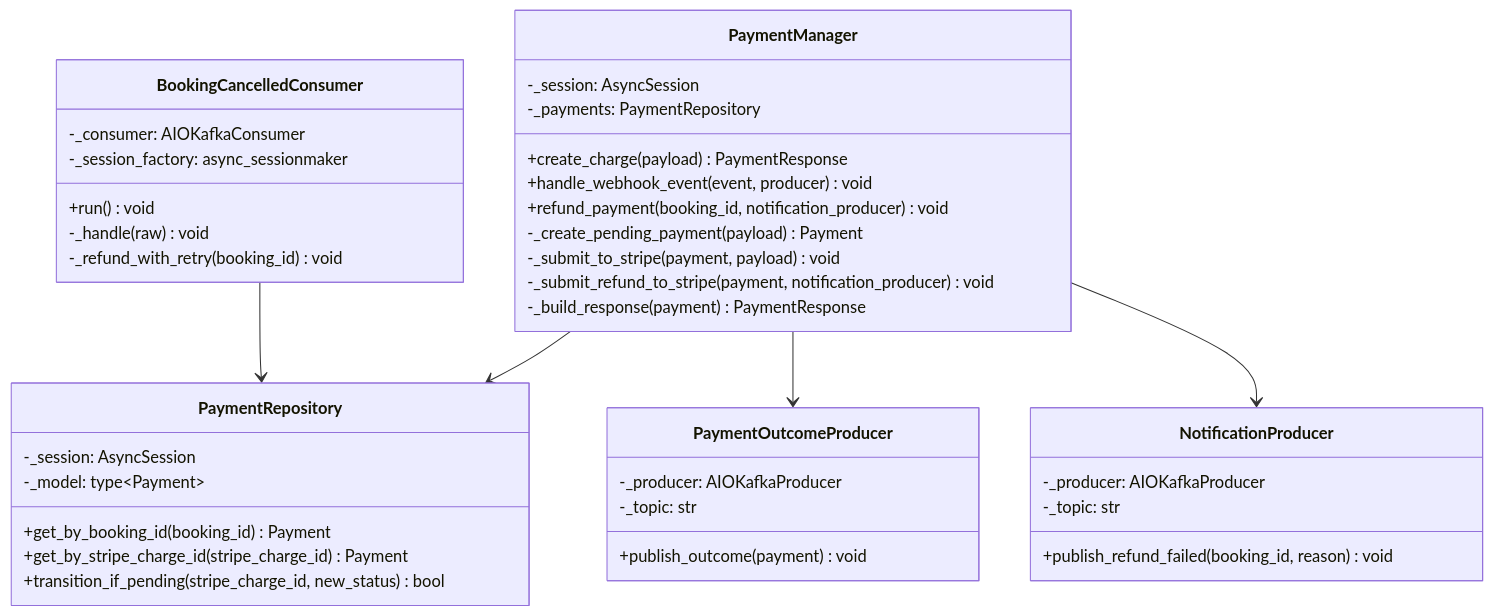
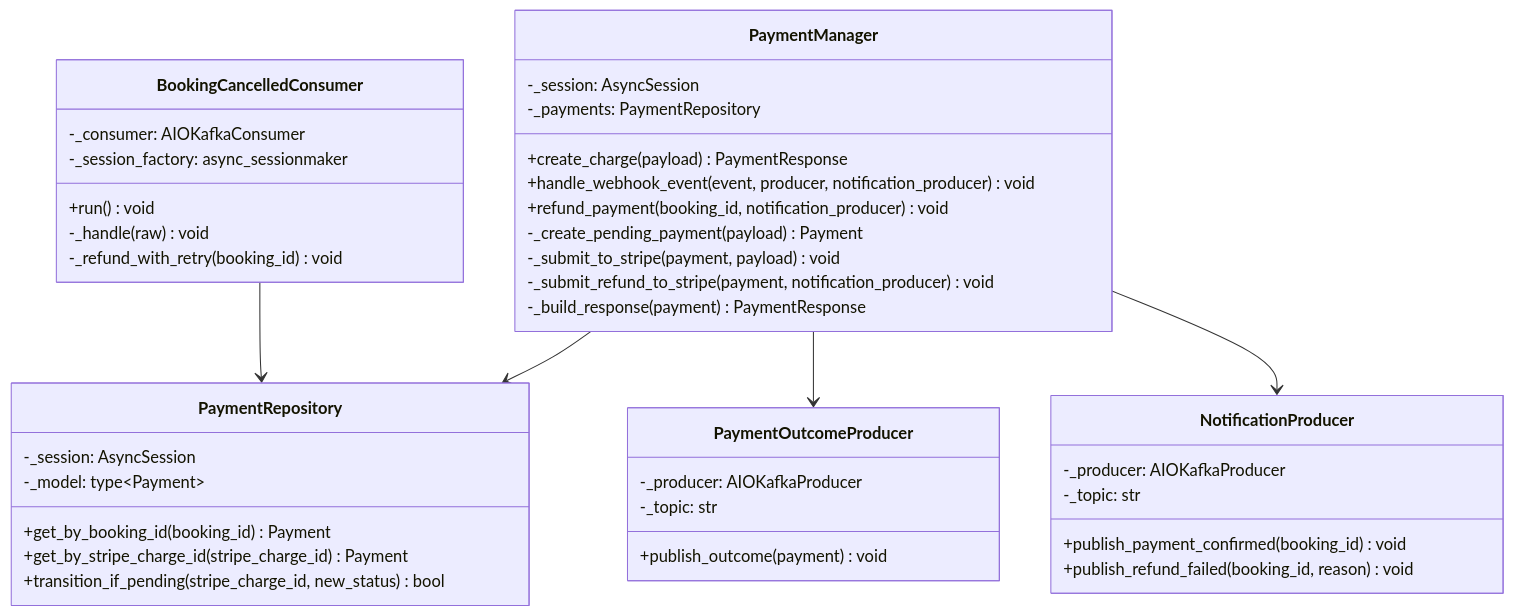
Before and after one commit to STRYKER316/event-ticketing-platform: the fourth of 5 diagrams in docs/report/class-diagrams.md, drawn with Mermaid. The commit also changed other lines of this file and 12 other files, not shown here.

Commit message:
docs: Phase 5 CHECKPOINT — architecture.html, cross-doc sweep, report chapters, exit checklist

````diff
--- a/docs/report/class-diagrams.md
+++ b/docs/report/class-diagrams.md
@@ -469,47 +510,48 @@
 ```mermaid
 classDiagram
     class PaymentManager {
         -_session: AsyncSession
         -_payments: PaymentRepository
         +create_charge(payload) PaymentResponse
-        +handle_webhook_event(event, producer) void
+        +handle_webhook_event(event, producer, notification_producer) void
         +refund_payment(booking_id, notification_producer) void
         -_create_pending_payment(payload) Payment
         -_submit_to_stripe(payment, payload) void
         -_submit_refund_to_stripe(payment, notification_producer) void
         -_build_response(payment) PaymentResponse
     }
 
     class PaymentRepository {
         -_session: AsyncSession
         -_model: type~Payment~
         +get_by_booking_id(booking_id) Payment
         +get_by_stripe_charge_id(stripe_charge_id) Payment
         +transition_if_pending(stripe_charge_id, new_status) bool
     }
 
     class PaymentOutcomeProducer {
         -_producer: AIOKafkaProducer
         -_topic: str
         +publish_outcome(payment) void
     }
 
     class NotificationProducer {
         -_producer: AIOKafkaProducer
         -_topic: str
+        +publish_payment_confirmed(booking_id) void
         +publish_refund_failed(booking_id, reason) void
     }
 
     class BookingCancelledConsumer {
         -_consumer: AIOKafkaConsumer
         -_session_factory: async_sessionmaker
         +run() void
         -_handle(raw) void
         -_refund_with_retry(booking_id) void
     }
 
     PaymentManager --> PaymentRepository
     PaymentManager --> PaymentOutcomeProducer
     PaymentManager --> NotificationProducer
     BookingCancelledConsumer --> PaymentRepository
 ```
````
